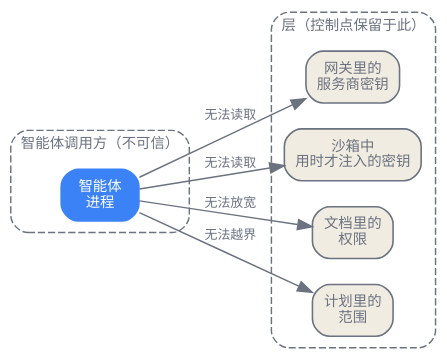
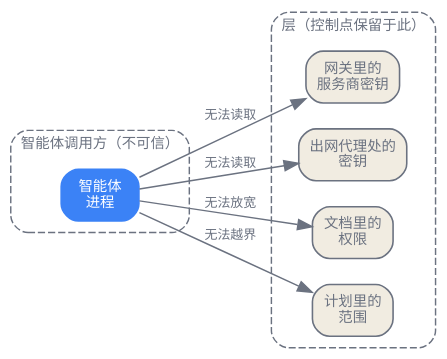
The first of 3 diagrams in zh/ecosystem/03-tooling-ecosystem.qmd (latere-ai/ai-as-an-infrastructure), drawn with Graphviz before and after one commit. The commit also changed other lines of this file and 7 other files, not shown here.

````diff
--- a/zh/ecosystem/03-tooling-ecosystem.qmd
+++ b/zh/ecosystem/03-tooling-ecosystem.qmd
@@ -31,32 +31,32 @@
 ```{dot}
 //| label: fig-tooling-control-shift
 //| fig-cap: "同一种控制迁移在四层发生。每个原语都把一个控制点从智能体调用方里抬出来（在那里模型本可读到或绕过它），放进一个调用方必须经过的层。"
 digraph control_shift {
   rankdir=LR;
   bgcolor="transparent";
   node [shape=box, style="rounded,filled", fontname="Helvetica", fontsize=10, fillcolor="#f1ece1", color="#6b7280", fontcolor="#6b7280", penwidth=1.1];
   edge [fontname="Helvetica", fontsize=9, color="#6b7280", fontcolor="#6b7280"];
 
   subgraph cluster_caller {
     label="智能体调用方（不可信）";
     style="rounded,dashed";
     fontname="Helvetica"; fontsize=10; fontcolor="#6b7280"; color="#6b7280";
     agent [label="智能体\n进程", fillcolor="#3b82f6", fontcolor="white", color="#3b82f6"];
   }
 
   subgraph cluster_layer {
     label="层（控制点保留于此）";
     style="rounded,dashed";
     fontname="Helvetica"; fontsize=10; fontcolor="#6b7280"; color="#6b7280";
     key [label="网关里的\n服务商密钥"];
-    runtime [label="沙箱中\n用时才注入的密钥"];
+    runtime [label="出网代理处的\n密钥"];
     perm [label="文档里的\n权限"];
     plan [label="计划里的\n范围"];
   }
 
   agent -> key [label="无法读取"];
   agent -> runtime [label="无法读取"];
   agent -> perm [label="无法放宽"];
   agent -> plan [label="无法越界"];
 }
 ```
````
